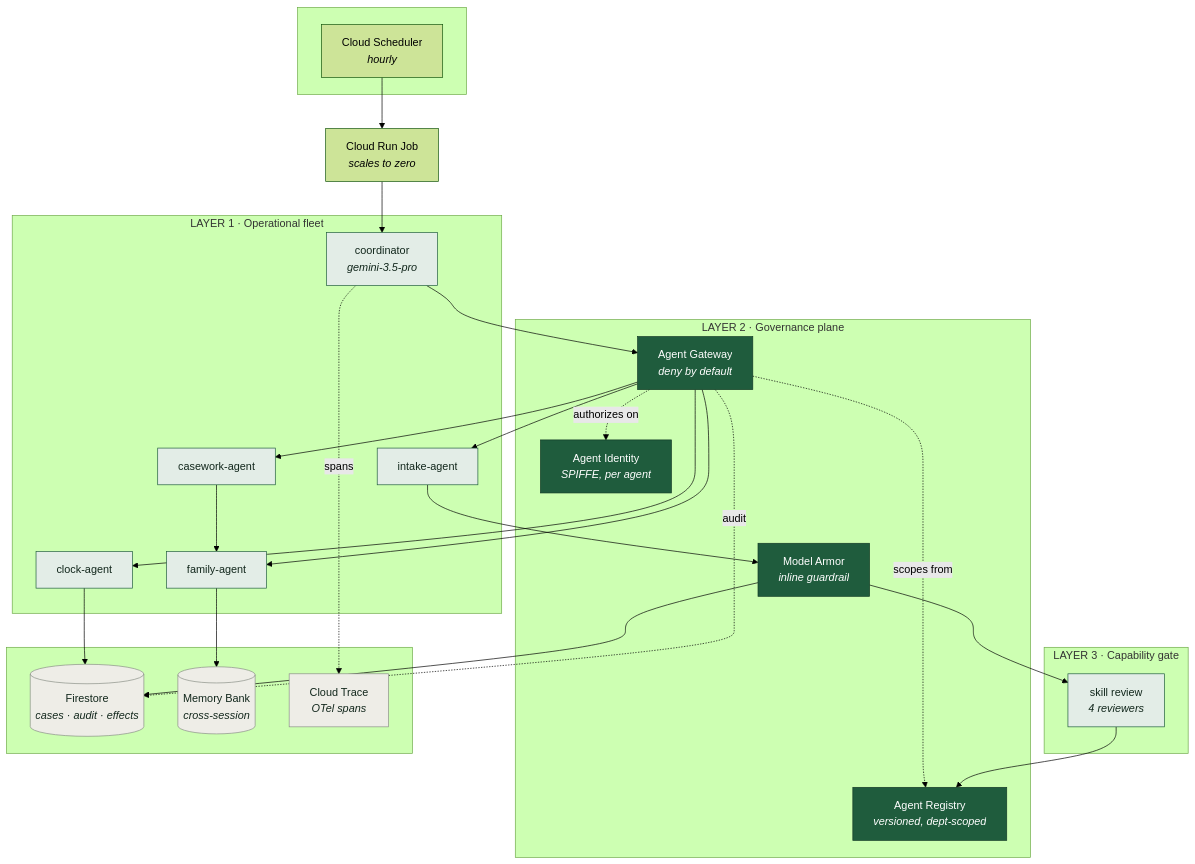
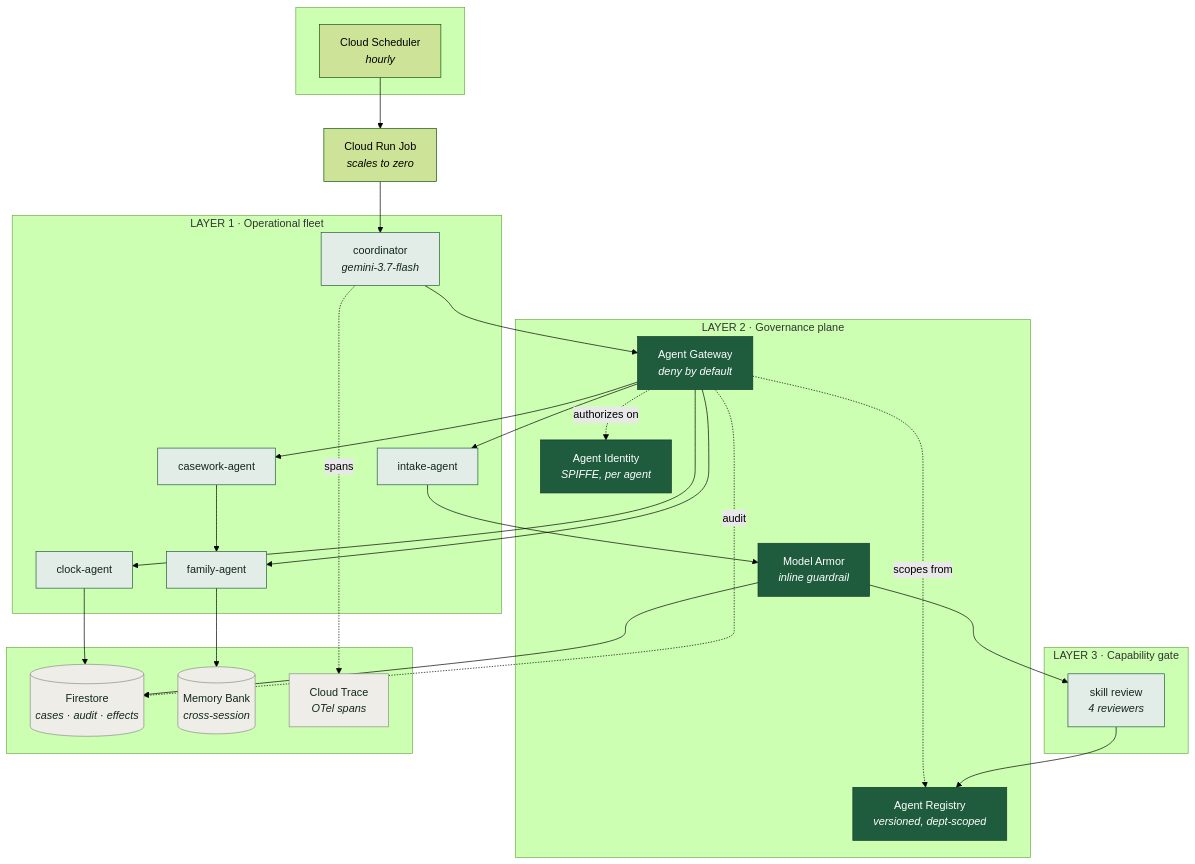
The first of 5 diagrams in docs/architecture.md (Aditya-galaxy/Hopscotch), drawn with Mermaid (forest theme) before and after one commit. The commit also changed 12 other files, not shown here.

````diff
--- a/docs/architecture.md
+++ b/docs/architecture.md
@@ -16,54 +16,54 @@
 ```mermaid
 flowchart TB
     subgraph trigger[" "]
         SCH["Cloud Scheduler<br/><i>hourly</i>"]
     end
 
     subgraph L2["LAYER 2 · Governance plane"]
         GW["Agent Gateway<br/><i>deny by default</i>"]
         ID["Agent Identity<br/><i>SPIFFE, per agent</i>"]
         MA["Model Armor<br/><i>inline guardrail</i>"]
         REG["Agent Registry<br/><i>versioned, dept-scoped</i>"]
     end
 
     subgraph L1["LAYER 1 · Operational fleet"]
-        CO["coordinator<br/><i>gemini-3.5-pro</i>"]
+        CO["coordinator<br/><i>gemini-3.7-flash</i>"]
         IN["intake-agent"]
         CL["clock-agent"]
         CW["casework-agent"]
         FA["family-agent"]
     end
 
     subgraph L3["LAYER 3 · Capability gate"]
         GATE["skill review<br/><i>4 reviewers</i>"]
     end
 
     subgraph state[" "]
         FS[("Firestore<br/><i>cases · audit · effects</i>")]
         MB[("Memory Bank<br/><i>cross-session</i>")]
         CT["Cloud Trace<br/><i>OTel spans</i>"]
     end
 
     SCH --> JOB["Cloud Run Job<br/><i>scales to zero</i>"]
     JOB --> CO
     CO --> GW
     GW -.authorizes on.-> ID
     GW -.scopes from.-> REG
     GW --> IN & CL & CW & FA
     IN --> MA
     MA --> FS
     CL --> FS
     CW --> FA
     FA --> MB
     GATE --> REG
     MA --> GATE
     CO -.spans.-> CT
     GW -.audit.-> FS
 
     classDef gov fill:#1F5C3D,stroke:#123a26,color:#fff
     classDef fleet fill:#E3EDE7,stroke:#1F5C3D,color:#12271c
     classDef store fill:#EEEDE7,stroke:#8a8f86,color:#12271c
     class GW,ID,MA,REG gov
     class CO,IN,CL,CW,FA,GATE fleet
     class FS,MB,CT store
 ```
````
